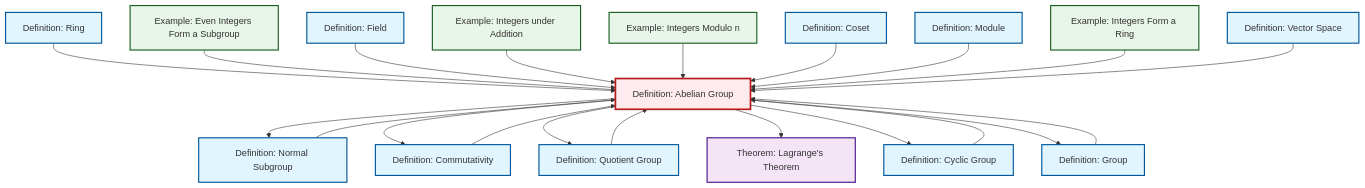
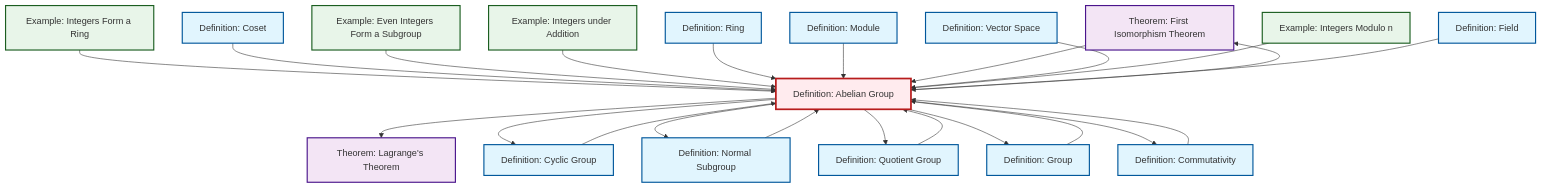
The diagram in content/ja/algebra/def-abelian-group.qmd (RK0429/ModernMath), drawn with Mermaid before and after one commit. The commit also changed 615 other files, not shown here.

````diff
--- a/content/ja/algebra/def-abelian-group.qmd
+++ b/content/ja/algebra/def-abelian-group.qmd
@@ -102,61 +102,65 @@
 ```{mermaid}
 %%| fig-cap: "Local dependency graph"
 graph TD
     classDef definition fill:#e1f5fe,stroke:#01579b,stroke-width:2px
     classDef theorem fill:#f3e5f5,stroke:#4a148c,stroke-width:2px
     classDef axiom fill:#fff3e0,stroke:#e65100,stroke-width:2px
     classDef example fill:#e8f5e9,stroke:#1b5e20,stroke-width:2px
     classDef current fill:#ffebee,stroke:#b71c1c,stroke-width:3px
+    thm-first-isomorphism["Theorem: First Isomorphism Theorem"]:::theorem
+    ex-integers-addition["Example: Integers under Addition"]:::example
+    def-vector-space["Definition: Vector Space"]:::definition
     def-field["Definition: Field"]:::definition
+    def-group["Definition: Group"]:::definition
+    def-cyclic-group["Definition: Cyclic Group"]:::definition
+    def-ring["Definition: Ring"]:::definition
+    thm-lagrange["Theorem: Lagrange's Theorem"]:::theorem
+    def-commutativity["Definition: Commutativity"]:::definition
     def-abelian-group["Definition: Abelian Group"]:::definition
-    def-quotient-group["Definition: Quotient Group"]:::definition
-    ex-integers-addition["Example: Integers under Addition"]:::example
+    ex-even-integers-subgroup["Example: Even Integers Form a Subgroup"]:::example
+    def-module["Definition: Module"]:::definition
+    ex-integers-ring["Example: Integers Form a Ring"]:::example
     ex-quotient-integers-mod-n["Example: Integers Modulo n"]:::example
-    def-ring["Definition: Ring"]:::definition
-    def-cyclic-group["Definition: Cyclic Group"]:::definition
-    thm-lagrange["Theorem: Lagrange's Theorem"]:::theorem
-    def-vector-space["Definition: Vector Space"]:::definition
-    ex-integers-ring["Example: Integers Form a Ring"]:::example
     def-coset["Definition: Coset"]:::definition
     def-normal-subgroup["Definition: Normal Subgroup"]:::definition
-    ex-even-integers-subgroup["Example: Even Integers Form a Subgroup"]:::example
-    def-module["Definition: Module"]:::definition
-    def-group["Definition: Group"]:::definition
-    def-commutativity["Definition: Commutativity"]:::definition
+    def-quotient-group["Definition: Quotient Group"]:::definition
+    def-abelian-group --> thm-lagrange
+    ex-integers-ring --> def-abelian-group
+    def-commutativity --> def-abelian-group
+    def-abelian-group --> def-cyclic-group
+    def-normal-subgroup --> def-abelian-group
+    def-abelian-group --> def-normal-subgroup
+    def-abelian-group --> def-quotient-group
+    def-coset --> def-abelian-group
+    def-abelian-group --> thm-first-isomorphism
+    def-abelian-group --> def-group
+    def-group --> def-abelian-group
+    def-abelian-group --> def-commutativity
+    ex-even-integers-subgroup --> def-abelian-group
+    ex-integers-addition --> def-abelian-group
     def-ring --> def-abelian-group
-    def-group --> def-abelian-group
-    def-commutativity --> def-abelian-group
-    ex-even-integers-subgroup --> def-abelian-group
-    def-abelian-group --> def-normal-subgroup
-    def-field --> def-abelian-group
-    ex-integers-addition --> def-abelian-group
-    def-abelian-group --> def-commutativity
-    def-abelian-group --> def-quotient-group
-    def-normal-subgroup --> def-abelian-group
+    def-module --> def-abelian-group
+    thm-first-isomorphism --> def-abelian-group
+    def-vector-space --> def-abelian-group
     def-cyclic-group --> def-abelian-group
     ex-quotient-integers-mod-n --> def-abelian-group
-    def-coset --> def-abelian-group
-    def-module --> def-abelian-group
-    def-abelian-group --> thm-lagrange
-    ex-integers-ring --> def-abelian-group
-    def-abelian-group --> def-cyclic-group
+    def-field --> def-abelian-group
     def-quotient-group --> def-abelian-group
-    def-vector-space --> def-abelian-group
-    def-abelian-group --> def-group
     class def-abelian-group current
+    click thm-first-isomorphism "thm-first-isomorphism.html" "Theorem: First Isomorphism Theoremへ"
+    click ex-integers-addition "ex-integers-addition.html" "Example: Integers under Additionへ"
+    click def-vector-space "def-vector-space.html" "Definition: Vector Spaceへ"
     click def-field "def-field.html" "Definition: Fieldへ"
-    click def-quotient-group "def-quotient-group.html" "Definition: Quotient Groupへ"
-    click ex-integers-addition "ex-integers-addition.html" "Example: Integers under Additionへ"
+    click def-group "def-group.html" "Definition: Groupへ"
+    click def-cyclic-group "def-cyclic-group.html" "Definition: Cyclic Groupへ"
+    click def-ring "def-ring.html" "Definition: Ringへ"
+    click thm-lagrange "thm-lagrange.html" "Theorem: Lagrange's Theoremへ"
+    click def-commutativity "def-commutativity.html" "Definition: Commutativityへ"
+    click ex-even-integers-subgroup "ex-even-integers-subgroup.html" "Example: Even Integers Form a Subgroupへ"
+    click def-module "def-module.html" "Definition: Moduleへ"
+    click ex-integers-ring "ex-integers-ring.html" "Example: Integers Form a Ringへ"
     click ex-quotient-integers-mod-n "ex-quotient-integers-mod-n.html" "Example: Integers Modulo nへ"
-    click def-ring "def-ring.html" "Definition: Ringへ"
-    click def-cyclic-group "def-cyclic-group.html" "Definition: Cyclic Groupへ"
-    click thm-lagrange "thm-lagrange.html" "Theorem: Lagrange's Theoremへ"
-    click def-vector-space "def-vector-space.html" "Definition: Vector Spaceへ"
-    click ex-integers-ring "ex-integers-ring.html" "Example: Integers Form a Ringへ"
     click def-coset "def-coset.html" "Definition: Cosetへ"
     click def-normal-subgroup "def-normal-subgroup.html" "Definition: Normal Subgroupへ"
-    click ex-even-integers-subgroup "ex-even-integers-subgroup.html" "Example: Even Integers Form a Subgroupへ"
-    click def-module "def-module.html" "Definition: Moduleへ"
-    click def-group "def-group.html" "Definition: Groupへ"
-    click def-commutativity "def-commutativity.html" "Definition: Commutativityへ"
+    click def-quotient-group "def-quotient-group.html" "Definition: Quotient Groupへ"
 ```
````
